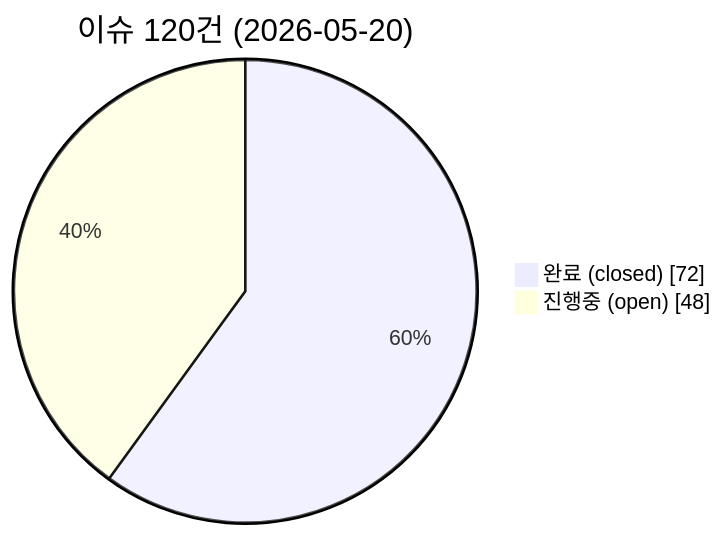
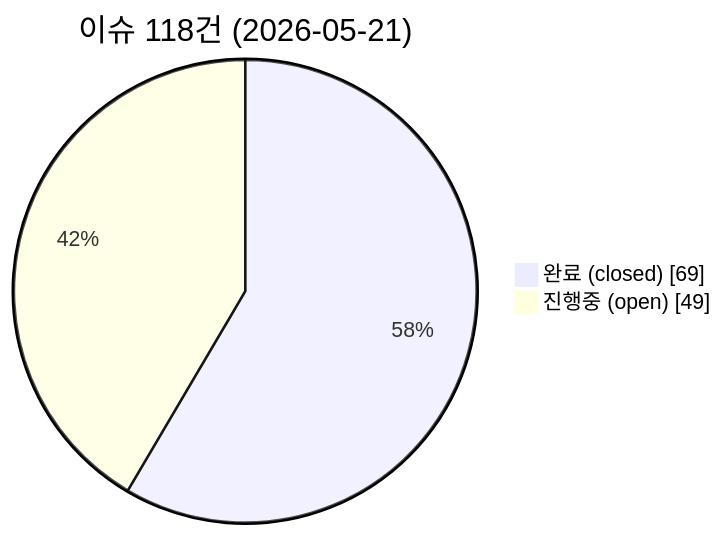
One commit to holee9/MD-process changed the first of 4 diagrams in README.md. Above: the diagram before and after it, drawn with Mermaid. The commit also changed other lines of this file, not shown here.

````diff
--- a/README.md
+++ b/README.md
@@ -89,6 +89,6 @@
 ```mermaid
 pie showData
-    title 이슈 120건 (2026-05-20)
-    "완료 (closed)" : 72
-    "진행중 (open)" : 48
+    title 이슈 118건 (2026-05-21)
+    "완료 (closed)" : 69
+    "진행중 (open)" : 49
 ```
````
